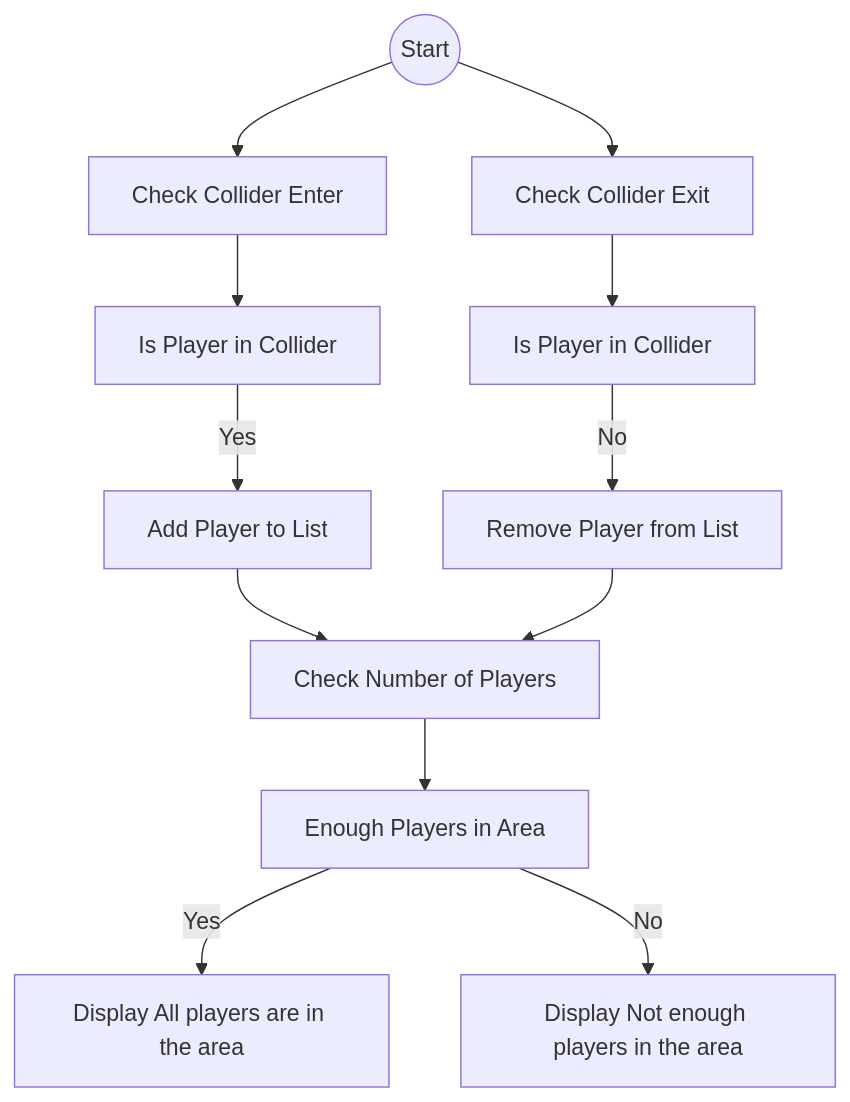
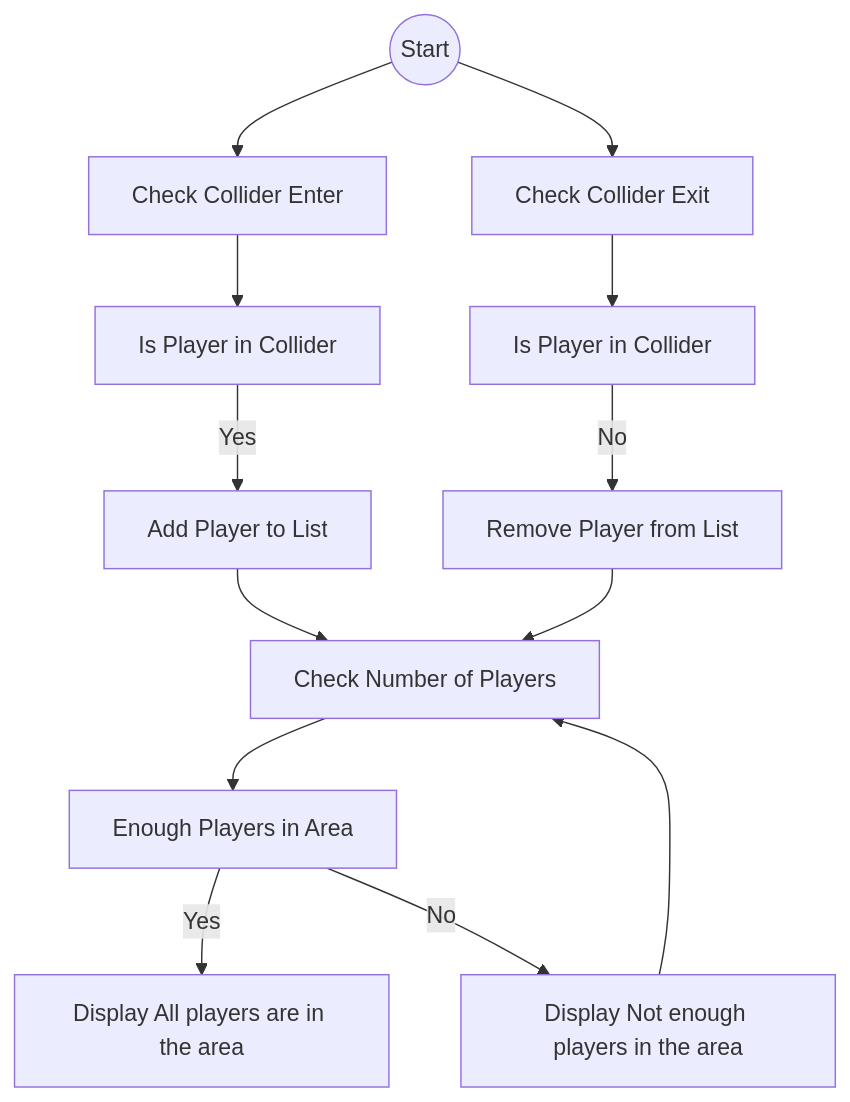
The third of 3 diagrams in README.md (PAP0/Linx-Game), drawn with Mermaid before and after one commit.

```diff
--- a/README.md
+++ b/README.md
@@ -104,28 +104,29 @@
 ~~~mermaid
 flowchart TD;
     A((Start))
     B[Check Collider Enter]
     C[Is Player in Collider]
     D[Add Player to List]
     E[Check Collider Exit]
     F[Is Player in Collider]
     G[Remove Player from List]
     H[Check Number of Players]
     I[Enough Players in Area]
     J[Display All players are in the area]
     K[Display Not enough players in the area]
     
     A --> B
     A --> E
     B --> C
     C -- Yes --> D
     D --> H
     E --> F
     F -- No --> G
     G --> H
     H --> I
     I -- Yes --> J
     I -- No --> K
+    K --> H
    
     
 ~~~
```
